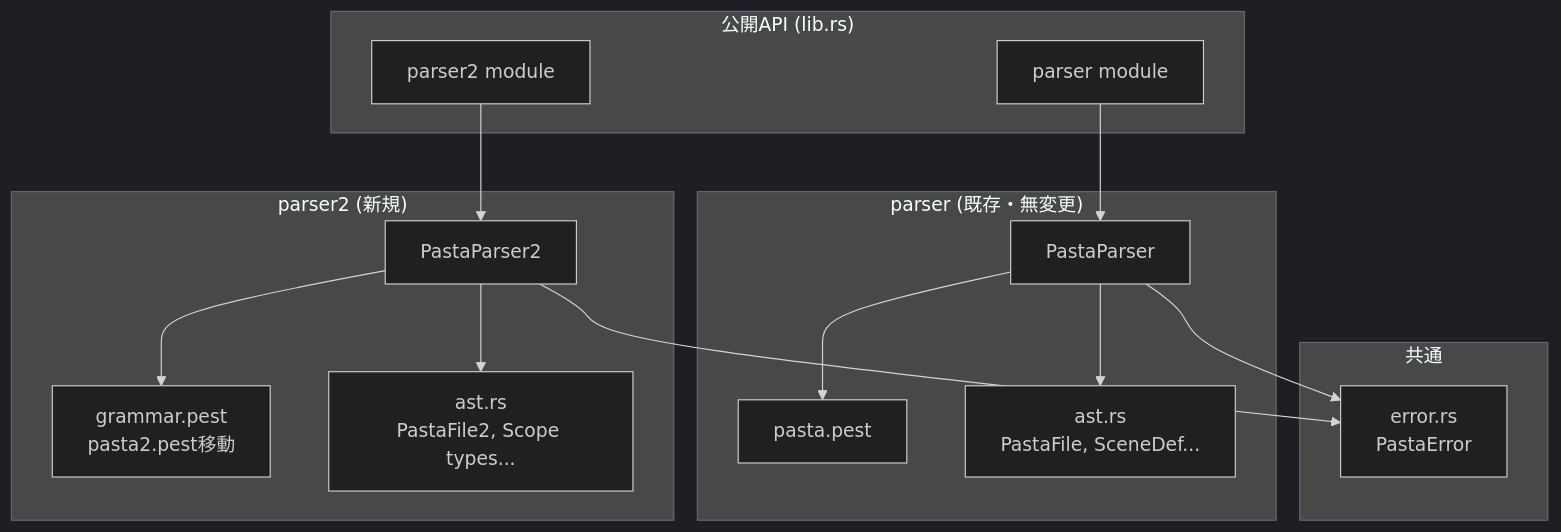
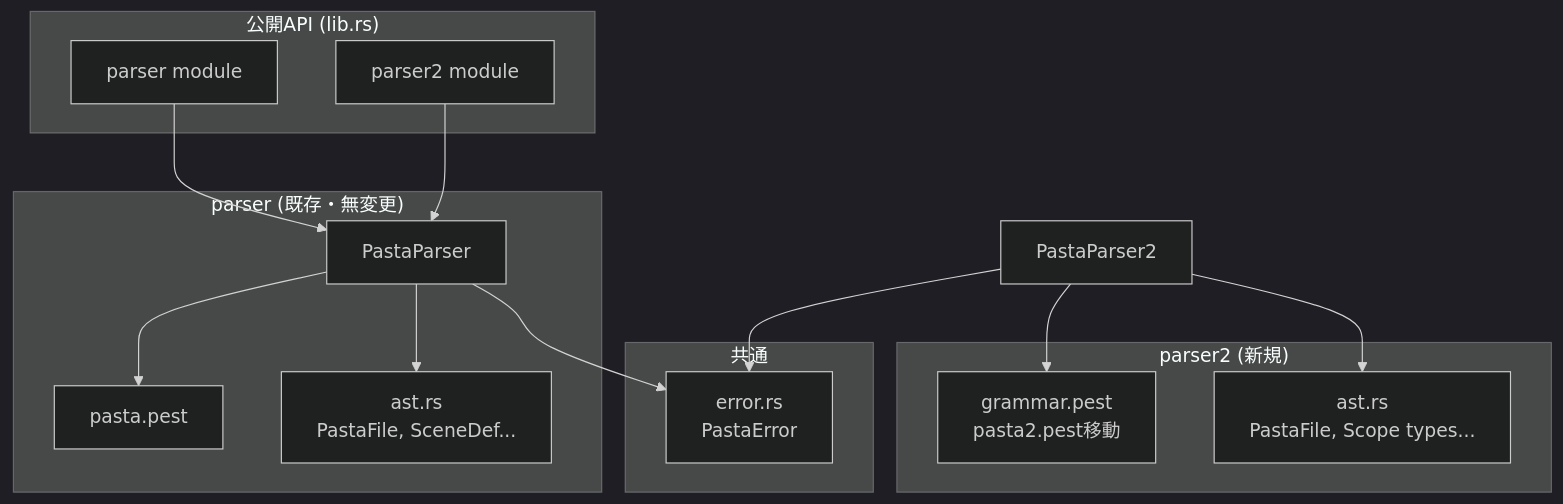
The first of 4 diagrams in .kiro/specs/parser2-pest-migration/design.md (ekicyou/pasta), drawn with Mermaid (dark theme) before and after one commit. The commit also changed other lines of this file and 2 other files, not shown here.

First line of the commit message:
refactor(parser2): Remove '2' suffix from AST type names

````diff
--- a/.kiro/specs/parser2-pest-migration/design.md
+++ b/.kiro/specs/parser2-pest-migration/design.md
@@ -71,32 +71,32 @@
 ```mermaid
 graph TB
     subgraph "公開API (lib.rs)"
         LibParser[parser module]
         LibParser2[parser2 module]
     end
     
     subgraph "parser (既存・無変更)"
         PastaParser[PastaParser]
         PastaPest[pasta.pest]
         ParserAST[ast.rs<br/>PastaFile, SceneDef...]
     end
     
     subgraph "parser2 (新規)"
-        PastaParser2[PastaParser2]
+        PastaParser[PastaParser]
         GrammarPest[grammar.pest<br/>pasta2.pest移動]
-        Parser2AST[ast.rs<br/>PastaFile2, Scope types...]
+        Parser2AST[ast.rs<br/>PastaFile, Scope types...]
     end
     
     subgraph "共通"
         ErrorMod[error.rs<br/>PastaError]
     end
     
     LibParser --> PastaParser
-    LibParser2 --> PastaParser2
+    LibParser2 --> PastaParser
     PastaParser --> PastaPest
     PastaParser2 --> GrammarPest
     PastaParser --> ParserAST
     PastaParser2 --> Parser2AST
     PastaParser2 --> ErrorMod
     PastaParser --> ErrorMod
 ```
````
